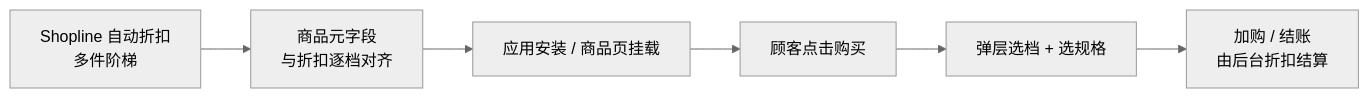
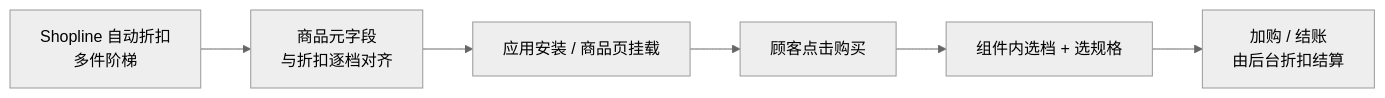
The diagram in apps/product-variant-picker2.md (775325124/theme-component-docs), drawn with Mermaid (neutral theme) before and after one commit. The commit also changed other lines of this file and 5 other files, not shown here.

````diff
--- a/apps/product-variant-picker2.md
+++ b/apps/product-variant-picker2.md
@@ -29,8 +45,8 @@
 ```mermaid
 flowchart LR
   A[Shopline 自动折扣<br/>多件阶梯] --> B[商品元字段<br/>与折扣逐档对齐]
   B --> C[应用安装 / 商品页挂载]
   C --> D[顾客点击购买]
-  D --> E[弹层选档 + 选规格]
+  D --> E[组件内选档 + 选规格]
   E --> F[加购 / 结账<br/>由后台折扣结算]
 ```
````
